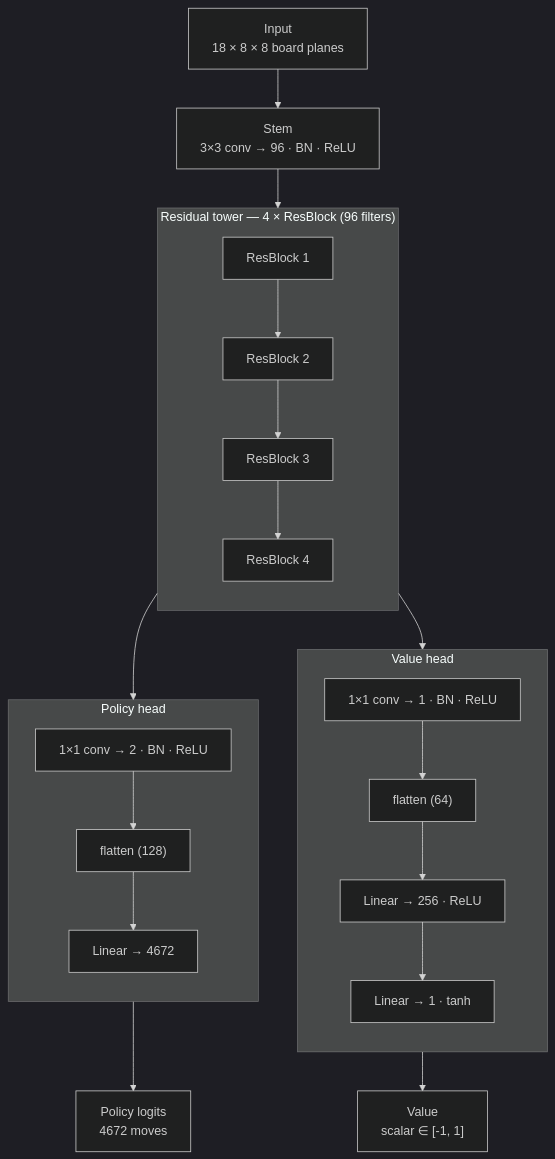
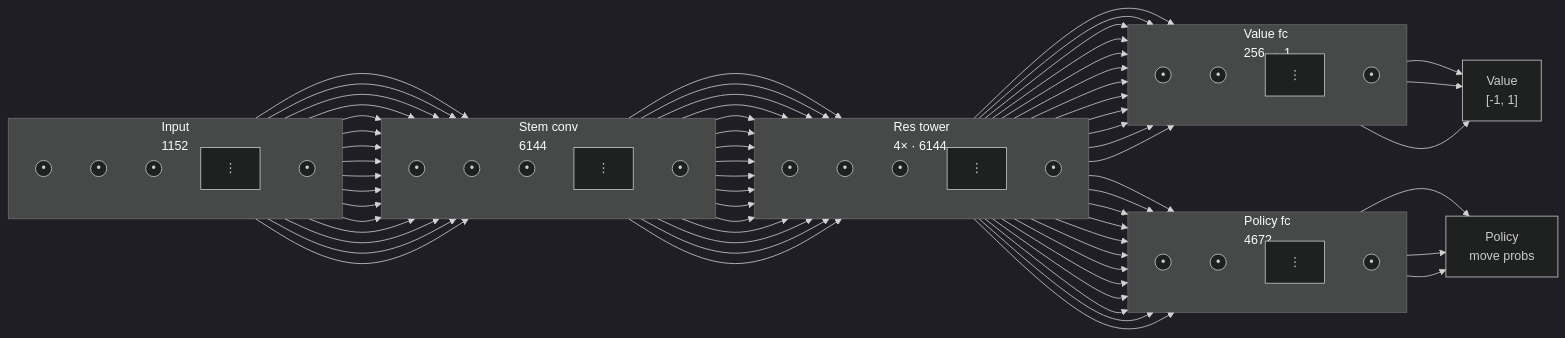
One commit to johnnyodonnell/chess-ai-engine changed the diagram in README.md. Above: the diagram before and after it, drawn with Mermaid (dark theme). The commit also changed other lines of this file, not shown here.

Commit message:
README: left-to-right neuron-node net diagram

````diff
--- a/README.md
+++ b/README.md
@@ -10,26 +14,32 @@
 ```mermaid
-flowchart TD
-    IN["Input<br/>18 × 8 × 8 board planes"] --> STEM["Stem<br/>3×3 conv → 96 · BN · ReLU"]
-    STEM --> TOWER
+flowchart LR
+    subgraph IN["Input<br/>1152"]
+        direction TB
+        i1(("•")); i2(("•")); i3(("•")); iD["⋮"]; i4(("•"))
+    end
+    subgraph ST["Stem conv<br/>6144"]
+        direction TB
+        s1(("•")); s2(("•")); s3(("•")); sD["⋮"]; s4(("•"))
+    end
+    subgraph TW["Res tower<br/>4× · 6144"]
+        direction TB
+        t1(("•")); t2(("•")); t3(("•")); tD["⋮"]; t4(("•"))
+    end
+    subgraph PP["Policy fc<br/>4672"]
+        direction TB
+        p1(("•")); p2(("•")); pD["⋮"]; p3(("•"))
+    end
+    subgraph VV["Value fc<br/>256 → 1"]
+        direction TB
+        v1(("•")); v2(("•")); vD["⋮"]; v3(("•"))
+    end
+    POUT["Policy<br/>move probs"]
+    VOUT["Value<br/>[-1, 1]"]
 
-    subgraph TOWER["Residual tower — 4 × ResBlock (96 filters)"]
-        direction TB
-        RB1["ResBlock 1"] --> RB2["ResBlock 2"] --> RB3["ResBlock 3"] --> RB4["ResBlock 4"]
-    end
-
-    TOWER --> PH
-    TOWER --> VH
-
-    subgraph PH["Policy head"]
-        direction TB
-        P1["1×1 conv → 2 · BN · ReLU"] --> P2["flatten (128)"] --> P3["Linear → 4672"]
-    end
-
-    subgraph VH["Value head"]
-        direction TB
-        V1["1×1 conv → 1 · BN · ReLU"] --> V2["flatten (64)"] --> V3["Linear → 256 · ReLU"] --> V4["Linear → 1 · tanh"]
-    end
-
-    PH --> POUT["Policy logits<br/>4672 moves"]
-    VH --> VOUT["Value<br/>scalar ∈ [-1, 1]"]
+    i1 & i2 & i3 & i4 --> s1 & s2 & s3 & s4
+    s1 & s2 & s3 & s4 --> t1 & t2 & t3 & t4
+    t1 & t2 & t3 & t4 --> p1 & p2 & p3
+    t1 & t2 & t3 & t4 --> v1 & v2 & v3
+    p1 & p2 & p3 --> POUT
+    v1 & v2 & v3 --> VOUT
 ```
````
